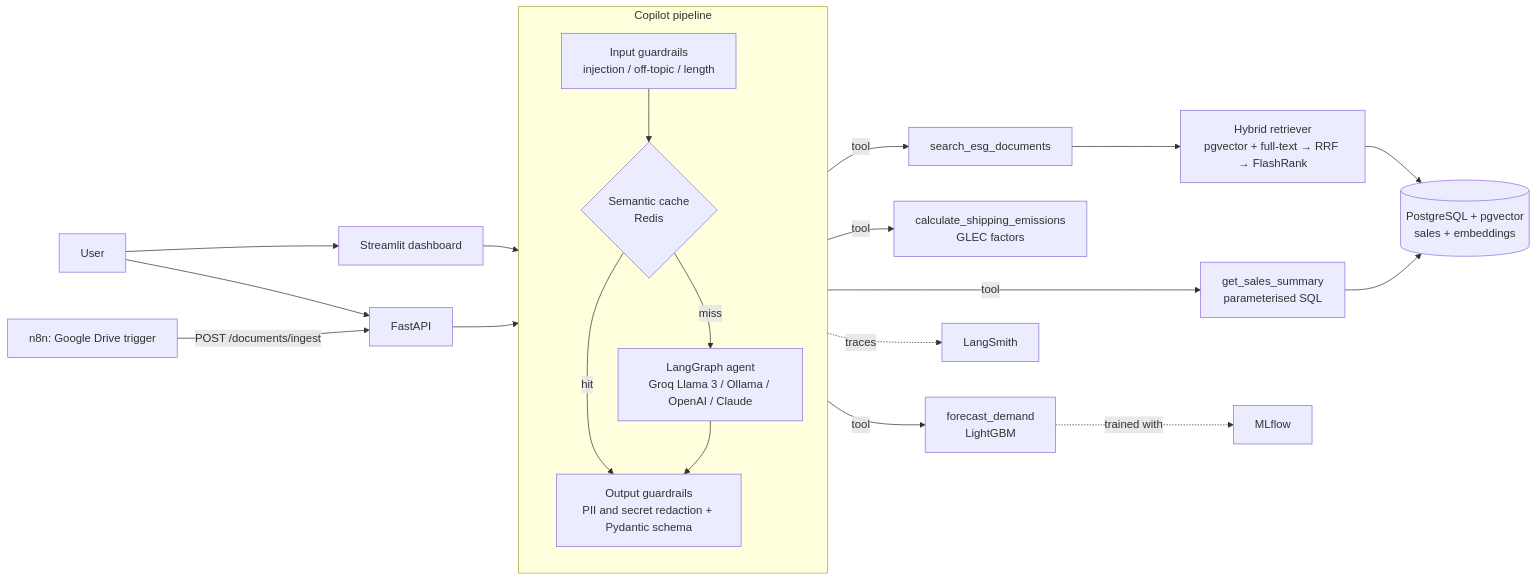
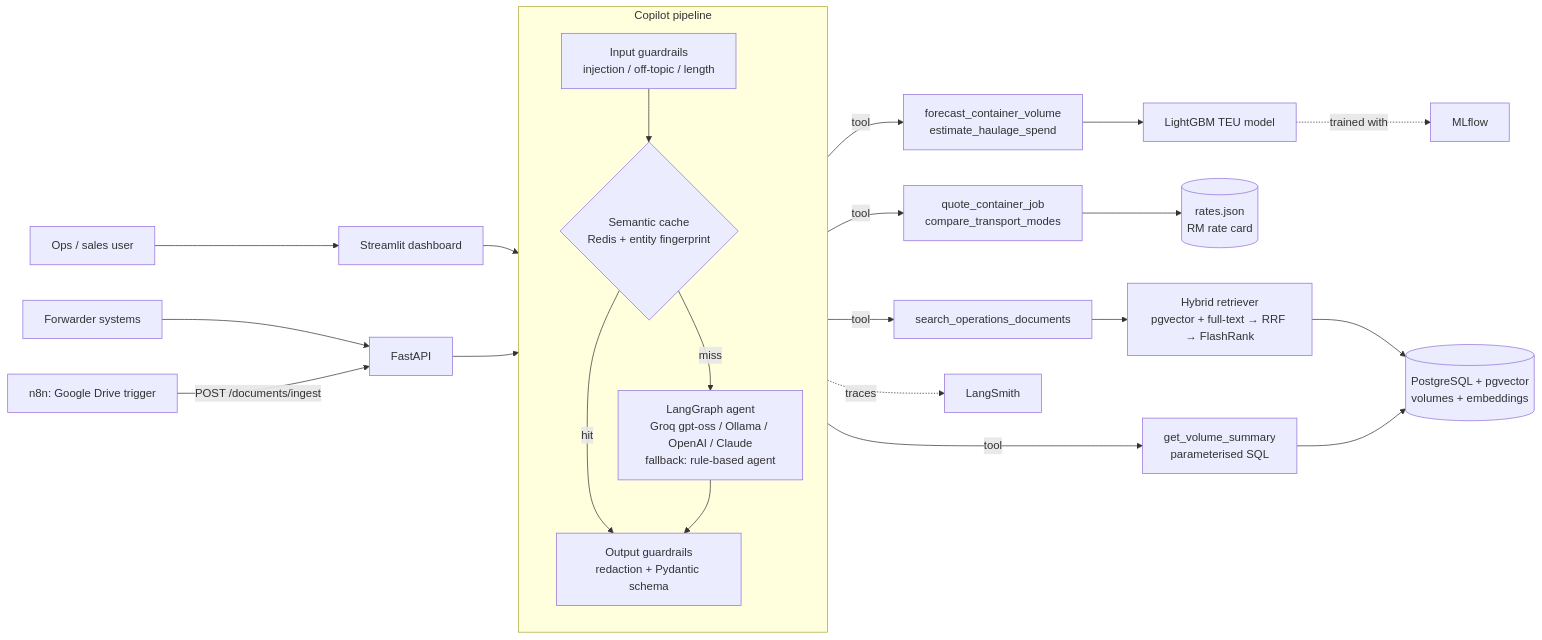
One commit to kl2412018279-ux/supply-chain-ai-copilot changed the diagram in README.md. Above: the diagram before and after it, drawn with Mermaid. The commit also changed other lines of this file and 42 other files, not shown here.

````diff
--- a/README.md
+++ b/README.md
@@ -23,27 +31,29 @@
 ```mermaid
 flowchart LR
-    U[User] --> UI[Streamlit dashboard]
-    U --> API[FastAPI]
+    U[Ops / sales user] --> UI[Streamlit dashboard]
+    F[Forwarder systems] --> API[FastAPI]
     N8N[n8n: Google Drive trigger] -->|POST /documents/ingest| API
     UI --> COP
     API --> COP
 
     subgraph COP[Copilot pipeline]
         direction TB
-        G1[Input guardrails<br/>injection / off-topic / length] --> C{Semantic cache<br/>Redis}
+        G1[Input guardrails<br/>injection / off-topic / length] --> C{Semantic cache<br/>Redis + entity fingerprint}
         C -- hit --> OUT
-        C -- miss --> AG[LangGraph agent<br/>Groq Llama 3 / Ollama / OpenAI / Claude]
-        AG --> OUT[Output guardrails<br/>PII and secret redaction + Pydantic schema]
+        C -- miss --> AG[LangGraph agent<br/>Groq gpt-oss / Ollama / OpenAI / Claude<br/>fallback: rule-based agent]
+        AG --> OUT[Output guardrails<br/>redaction + Pydantic schema]
     end
 
-    AG -->|tool| T1[forecast_demand<br/>LightGBM]
-    AG -->|tool| T2[calculate_shipping_emissions<br/>GLEC factors]
-    AG -->|tool| T3[get_sales_summary<br/>parameterised SQL]
-    AG -->|tool| T4[search_esg_documents]
+    AG -->|tool| Q[quote_container_job<br/>compare_transport_modes]
+    AG -->|tool| FC[forecast_container_volume<br/>estimate_haulage_spend]
+    AG -->|tool| V[get_volume_summary<br/>parameterised SQL]
+    AG -->|tool| D[search_operations_documents]
 
-    T4 --> HR[Hybrid retriever<br/>pgvector + full-text → RRF → FlashRank]
-    HR --> PG[(PostgreSQL + pgvector<br/>sales + embeddings)]
-    T3 --> PG
+    Q --> RC[(rates.json<br/>RM rate card)]
+    FC --> LGB[LightGBM TEU model]
+    D --> HR[Hybrid retriever<br/>pgvector + full-text → RRF → FlashRank]
+    HR --> PG[(PostgreSQL + pgvector<br/>volumes + embeddings)]
+    V --> PG
     AG -. traces .-> LS[LangSmith]
-    T1 -. trained with .-> MLF[MLflow]
+    LGB -. trained with .-> MLF[MLflow]
 ```
````
